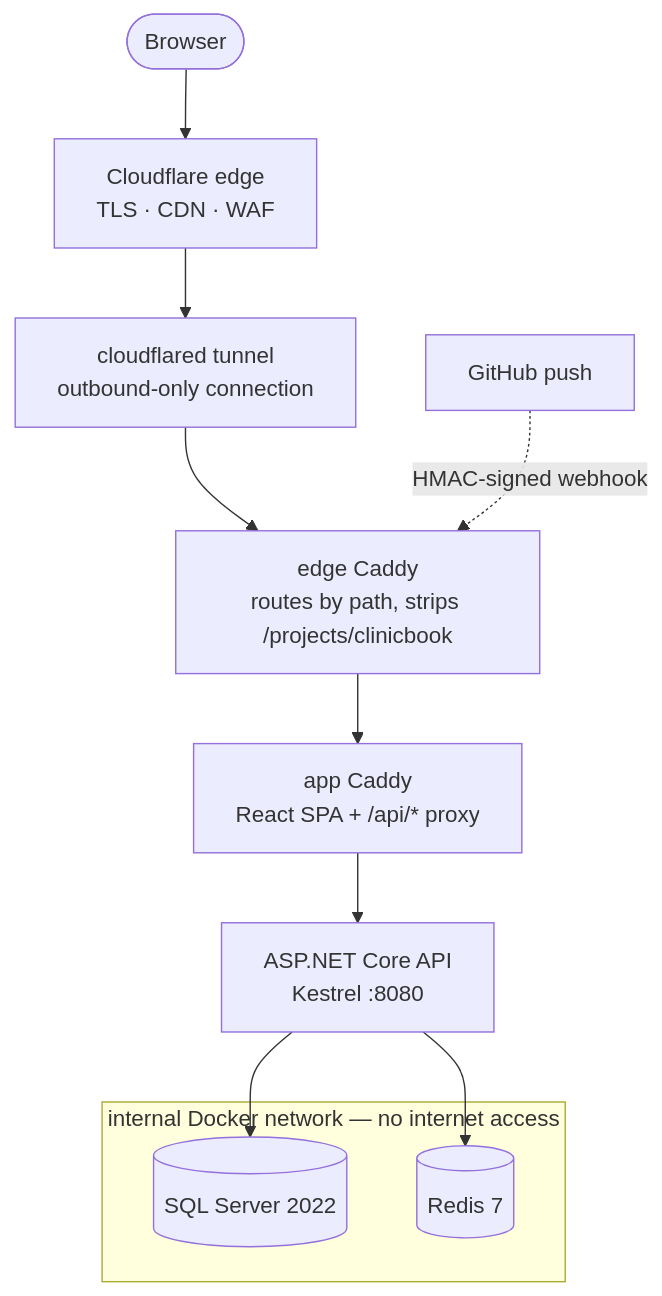
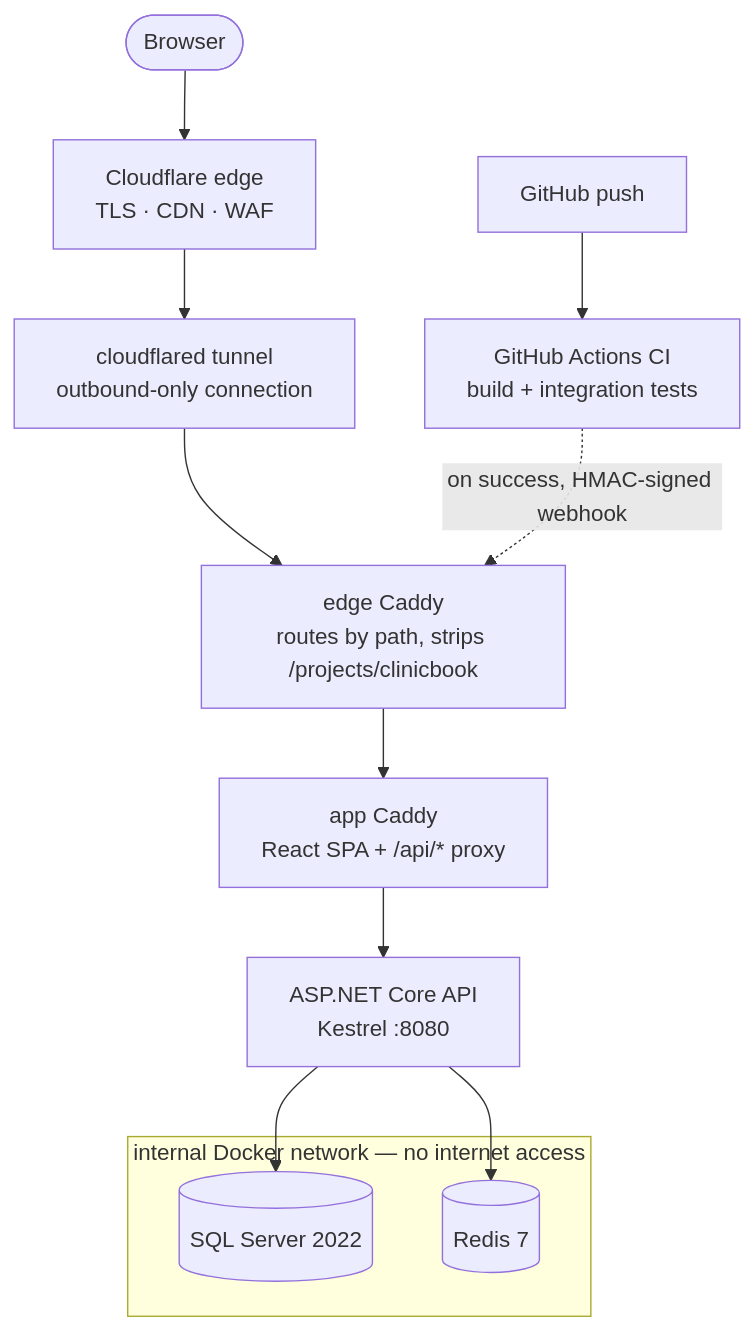
Before and after one commit to mats-haugum/clinicbook: the second of 2 diagrams in README.md, drawn with Mermaid. The commit also changed other lines of this file and 2 other files, not shown here.

First line of the commit message:
docs(deploy): document the CI-gated deploy flow

````diff
--- a/README.md
+++ b/README.md
@@ -102,15 +102,16 @@
 ```mermaid
 flowchart TD
     client([Browser]) --> cf[Cloudflare edge<br/>TLS · CDN · WAF]
     cf --> tunnel[cloudflared tunnel<br/>outbound-only connection]
     tunnel --> edge[edge Caddy<br/>routes by path, strips /projects/clinicbook]
     edge --> web[app Caddy<br/>React SPA + /api/* proxy]
     web --> api[ASP.NET Core API<br/>Kestrel :8080]
     subgraph internal [internal Docker network — no internet access]
         db[(SQL Server 2022)]
         cache[(Redis 7)]
     end
     api --> db
     api --> cache
-    gh[GitHub push] -.HMAC-signed webhook.-> edge
+    gh[GitHub push] --> ci[GitHub Actions CI<br/>build + integration tests]
+    ci -.on success, HMAC-signed webhook.-> edge
 ```
````
